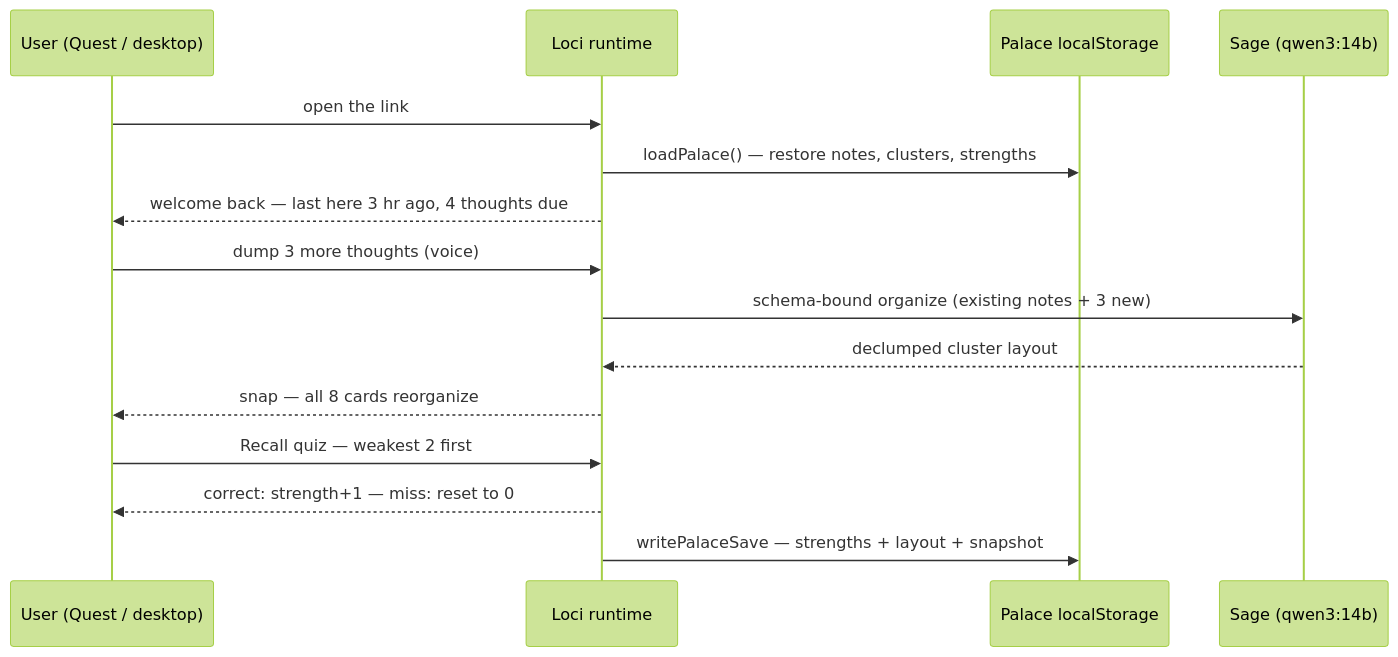
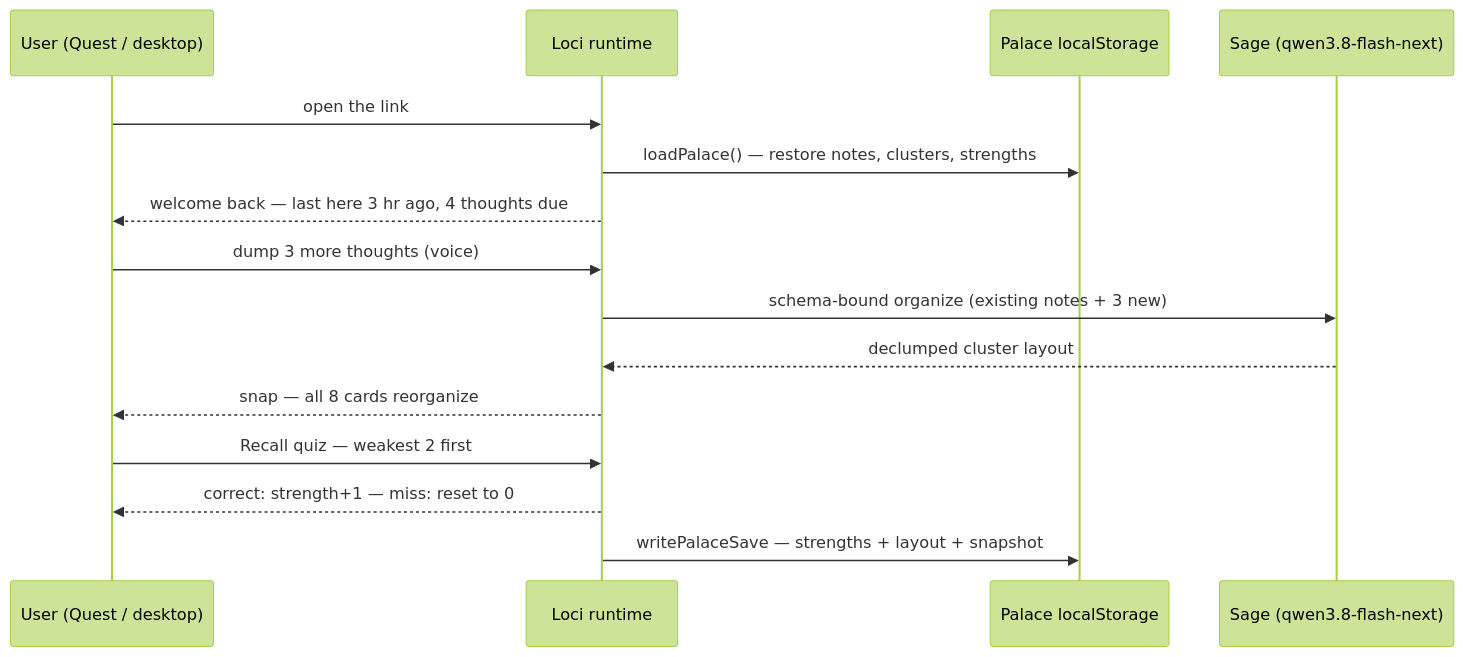
Before and after one commit to 0xv3nm09/loci-memory-bank: the second of 10 diagrams in COMPETITION_STRATEGY.md, drawn with Mermaid (forest theme). The commit also changed other lines of this file and 11 other files, not shown here.

````diff
--- a/COMPETITION_STRATEGY.md
+++ b/COMPETITION_STRATEGY.md
@@ -107,17 +107,17 @@
 ```mermaid
 sequenceDiagram
   participant U as User (Quest / desktop)
   participant App as Loci runtime
   participant Store as Palace localStorage
-  participant Sage as Sage (qwen3:14b)
+  participant Sage as Sage (qwen3.8-flash-next)
   U->>App: open the link
   App->>Store: loadPalace() — restore notes, clusters, strengths
   App-->>U: welcome back — last here 3 hr ago, 4 thoughts due
   U->>App: dump 3 more thoughts (voice)
   App->>Sage: schema-bound organize (existing notes + 3 new)
   Sage-->>App: declumped cluster layout
   App-->>U: snap — all 8 cards reorganize
   U->>App: Recall quiz — weakest 2 first
   App-->>U: correct: strength+1 — miss: reset to 0
   App->>Store: writePalaceSave — strengths + layout + snapshot
 ```
````
